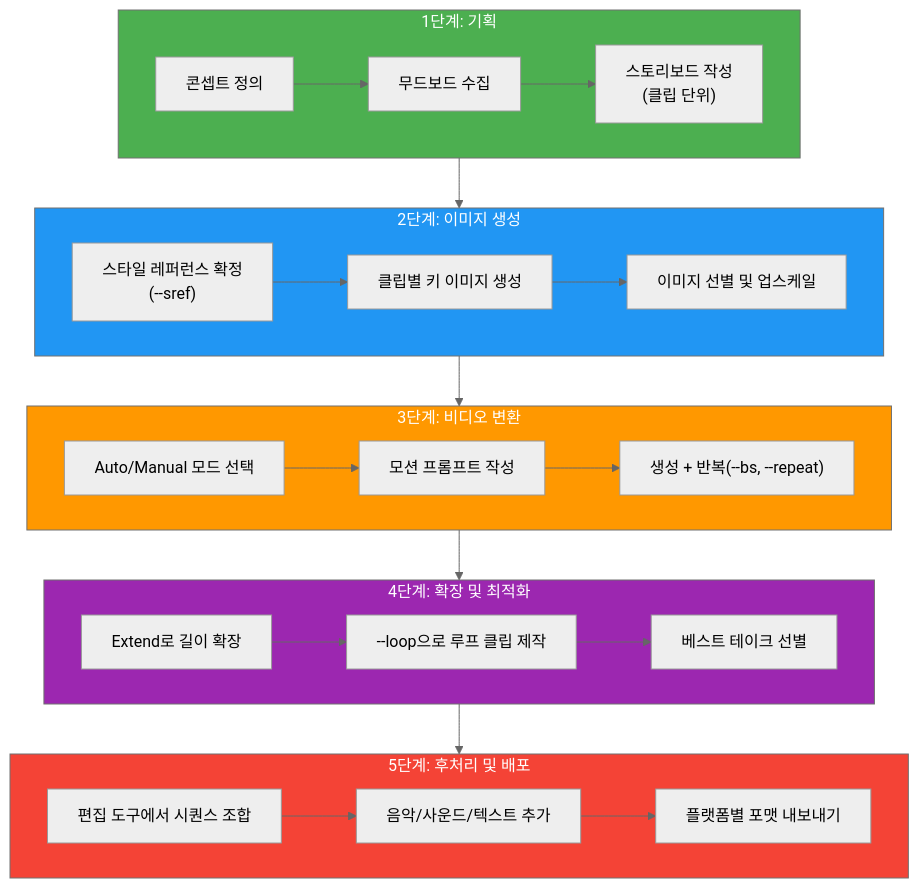
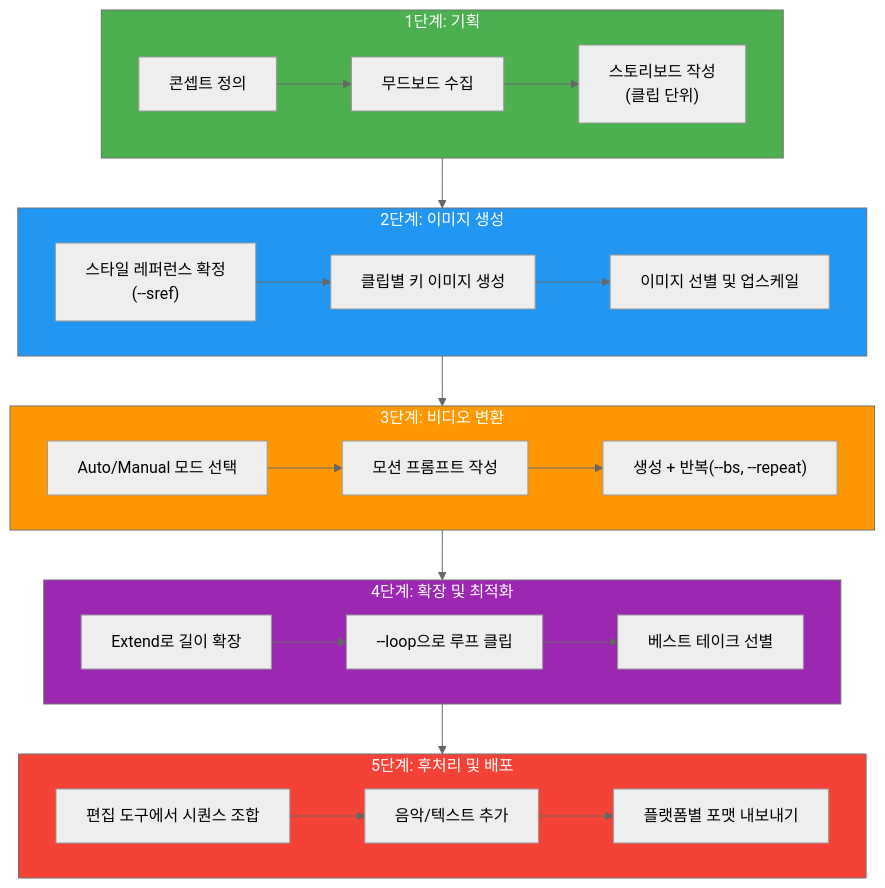
The third of 3 diagrams in 10-ch10-midjourney-영상-생성/05-05-숏폼-영상-콘텐츠-제작-프로젝트.md (jsonpassion/forge-tutorial-promptcanvas), drawn with Mermaid (neutral theme) before and after one commit. The commit also changed other lines of this file and 63 other files, not shown here.

````diff
--- a/10-ch10-midjourney-영상-생성/05-05-숏폼-영상-콘텐츠-제작-프로젝트.md
+++ b/10-ch10-midjourney-영상-생성/05-05-숏폼-영상-콘텐츠-제작-프로젝트.md
@@ -166,31 +100,31 @@
 ```mermaid
 flowchart TD
     subgraph P1["1단계: 기획"]
         A1["콘셉트 정의"] --> A2["무드보드 수집"]
         A2 --> A3["스토리보드 작성<br/>(클립 단위)"]
     end
     subgraph P2["2단계: 이미지 생성"]
         B1["스타일 레퍼런스 확정<br/>(--sref)"] --> B2["클립별 키 이미지 생성"]
         B2 --> B3["이미지 선별 및 업스케일"]
     end
     subgraph P3["3단계: 비디오 변환"]
         C1["Auto/Manual 모드 선택"] --> C2["모션 프롬프트 작성"]
         C2 --> C3["생성 + 반복(--bs, --repeat)"]
     end
     subgraph P4["4단계: 확장 및 최적화"]
-        D1["Extend로 길이 확장"] --> D2["--loop으로 루프 클립 제작"]
+        D1["Extend로 길이 확장"] --> D2["--loop으로 루프 클립"]
         D2 --> D3["베스트 테이크 선별"]
     end
     subgraph P5["5단계: 후처리 및 배포"]
-        E1["편집 도구에서 시퀀스 조합"] --> E2["음악/사운드/텍스트 추가"]
+        E1["편집 도구에서 시퀀스 조합"] --> E2["음악/텍스트 추가"]
         E2 --> E3["플랫폼별 포맷 내보내기"]
     end
-    
+
     P1 --> P2 --> P3 --> P4 --> P5
-    
+
     style P1 fill:#4CAF50,color:#fff
     style P2 fill:#2196F3,color:#fff
     style P3 fill:#FF9800,color:#fff
     style P4 fill:#9C27B0,color:#fff
     style P5 fill:#F44336,color:#fff
 ```
````
